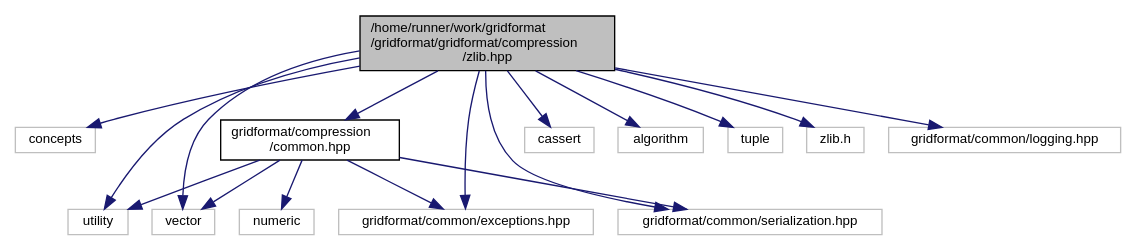
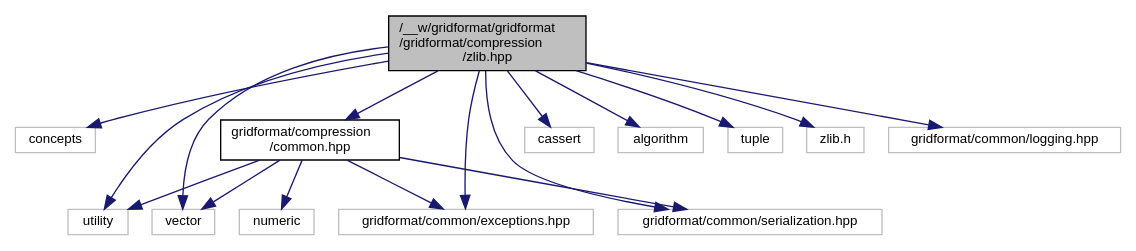
One commit to dglaeser/gridformat changed the diagram in zlib_8hpp__incl.dot. Above: the diagram before and after it, drawn with Graphviz. The commit also changed 329 other files, not shown here.

```diff
--- a/zlib_8hpp__incl.dot
+++ b/zlib_8hpp__incl.dot
@@ -1,35 +1,35 @@
-digraph "/home/runner/work/gridformat/gridformat/gridformat/compression/zlib.hpp"
+digraph "/__w/gridformat/gridformat/gridformat/compression/zlib.hpp"
 {
  // LATEX_PDF_SIZE
   edge [fontname="Helvetica",fontsize="10",labelfontname="Helvetica",labelfontsize="10"];
   node [fontname="Helvetica",fontsize="10",shape=record];
-  Node1 [label="/home/runner/work/gridformat\l/gridformat/gridformat/compression\l/zlib.hpp",height=0.2,width=0.4,color="black", fillcolor="grey75", style="filled", fontcolor="black",tooltip="Compressor using the ZLIB library."];
+  Node1 [label="/__w/gridformat/gridformat\l/gridformat/compression\l/zlib.hpp",height=0.2,width=0.4,color="black", fillcolor="grey75", style="filled", fontcolor="black",tooltip="Compressor using the ZLIB library."];
   Node1 -> Node2 [color="midnightblue",fontsize="10",style="solid",fontname="Helvetica"];
   Node2 [label="concepts",height=0.2,width=0.4,color="grey75", fillcolor="white", style="filled",tooltip=" "];
   Node1 -> Node3 [color="midnightblue",fontsize="10",style="solid",fontname="Helvetica"];
   Node3 [label="utility",height=0.2,width=0.4,color="grey75", fillcolor="white", style="filled",tooltip=" "];
   Node1 -> Node4 [color="midnightblue",fontsize="10",style="solid",fontname="Helvetica"];
   Node4 [label="vector",height=0.2,width=0.4,color="grey75", fillcolor="white", style="filled",tooltip=" "];
   Node1 -> Node5 [color="midnightblue",fontsize="10",style="solid",fontname="Helvetica"];
   Node5 [label="cassert",height=0.2,width=0.4,color="grey75", fillcolor="white", style="filled",tooltip=" "];
   Node1 -> Node6 [color="midnightblue",fontsize="10",style="solid",fontname="Helvetica"];
   Node6 [label="algorithm",height=0.2,width=0.4,color="grey75", fillcolor="white", style="filled",tooltip=" "];
   Node1 -> Node7 [color="midnightblue",fontsize="10",style="solid",fontname="Helvetica"];
   Node7 [label="tuple",height=0.2,width=0.4,color="grey75", fillcolor="white", style="filled",tooltip=" "];
   Node1 -> Node8 [color="midnightblue",fontsize="10",style="solid",fontname="Helvetica"];
   Node8 [label="zlib.h",height=0.2,width=0.4,color="grey75", fillcolor="white", style="filled",tooltip=" "];
   Node1 -> Node9 [color="midnightblue",fontsize="10",style="solid",fontname="Helvetica"];
   Node9 [label="gridformat/common/exceptions.hpp",height=0.2,width=0.4,color="grey75", fillcolor="white", style="filled",tooltip=" "];
   Node1 -> Node10 [color="midnightblue",fontsize="10",style="solid",fontname="Helvetica"];
   Node10 [label="gridformat/common/serialization.hpp",height=0.2,width=0.4,color="grey75", fillcolor="white", style="filled",tooltip=" "];
   Node1 -> Node11 [color="midnightblue",fontsize="10",style="solid",fontname="Helvetica"];
   Node11 [label="gridformat/common/logging.hpp",height=0.2,width=0.4,color="grey75", fillcolor="white", style="filled",tooltip=" "];
   Node1 -> Node12 [color="midnightblue",fontsize="10",style="solid",fontname="Helvetica"];
   Node12 [label="gridformat/compression\l/common.hpp",height=0.2,width=0.4,color="black", fillcolor="white", style="filled",URL="$compression_2common_8hpp.html",tooltip="Common classes used in the context of data compression."];
   Node12 -> Node4 [color="midnightblue",fontsize="10",style="solid",fontname="Helvetica"];
   Node12 -> Node3 [color="midnightblue",fontsize="10",style="solid",fontname="Helvetica"];
   Node12 -> Node13 [color="midnightblue",fontsize="10",style="solid",fontname="Helvetica"];
   Node13 [label="numeric",height=0.2,width=0.4,color="grey75", fillcolor="white", style="filled",tooltip=" "];
   Node12 -> Node9 [color="midnightblue",fontsize="10",style="solid",fontname="Helvetica"];
   Node12 -> Node10 [color="midnightblue",fontsize="10",style="solid",fontname="Helvetica"];
 }
```
